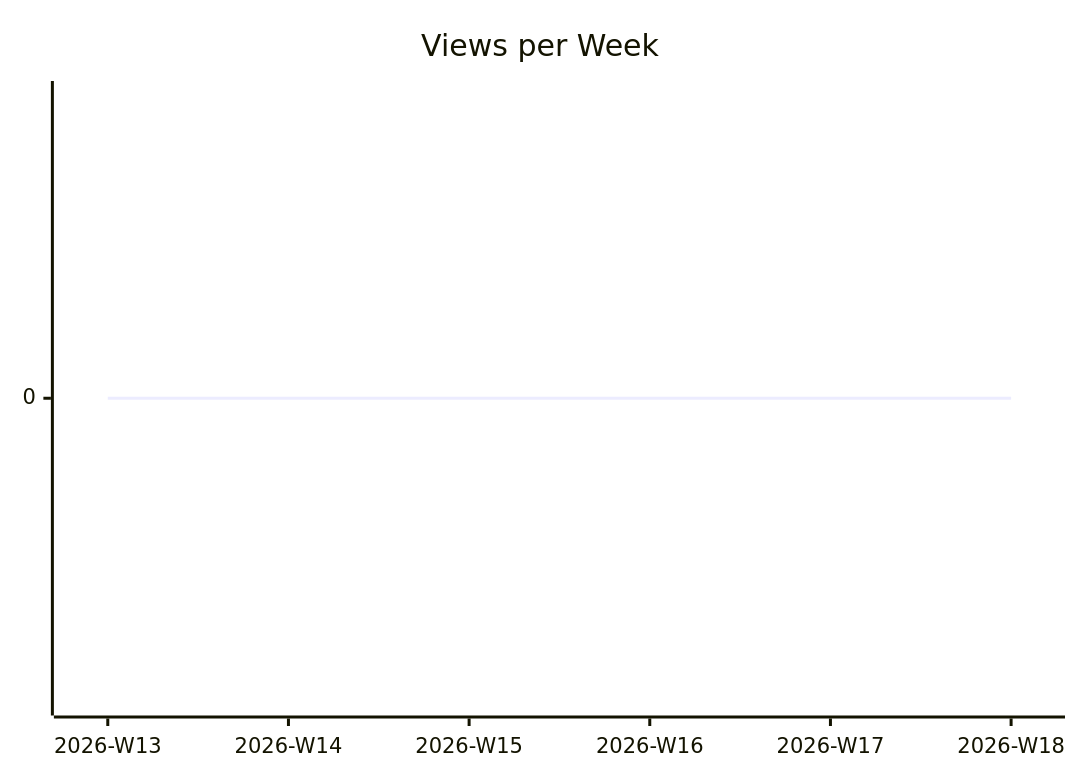
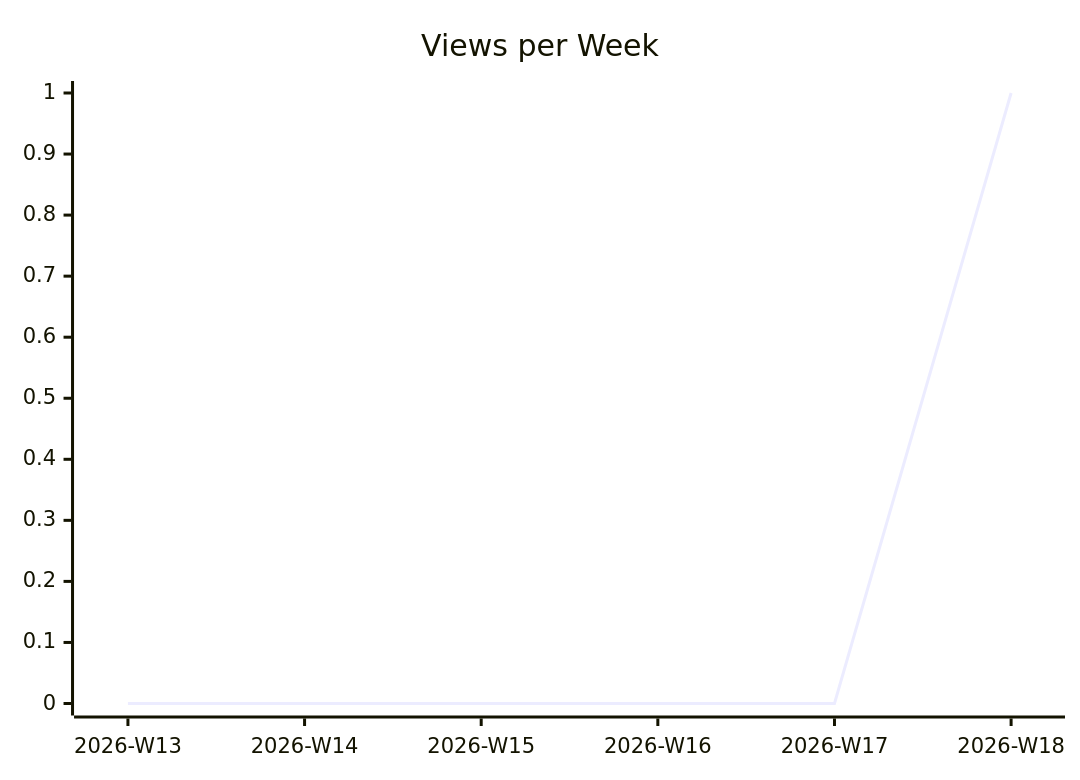
Before and after one commit to justdavis-family/github-analytics-data: the second of 3 diagrams in karlmdavis/justdavis-karl/README.md, drawn with Mermaid. The commit also changed other lines of this file and 184 other files, not shown here.

````diff
--- a/karlmdavis/justdavis-karl/README.md
+++ b/karlmdavis/justdavis-karl/README.md
@@ -12,6 +12,6 @@
 ```mermaid
 xychart-beta
   title "Views per Week"
   x-axis ["2026-W13", "2026-W14", "2026-W15", "2026-W16", "2026-W17", "2026-W18"]
-  line [0, 0, 0, 0, 0, 0]
+  line [0, 0, 0, 0, 0, 1]
 ```
````
